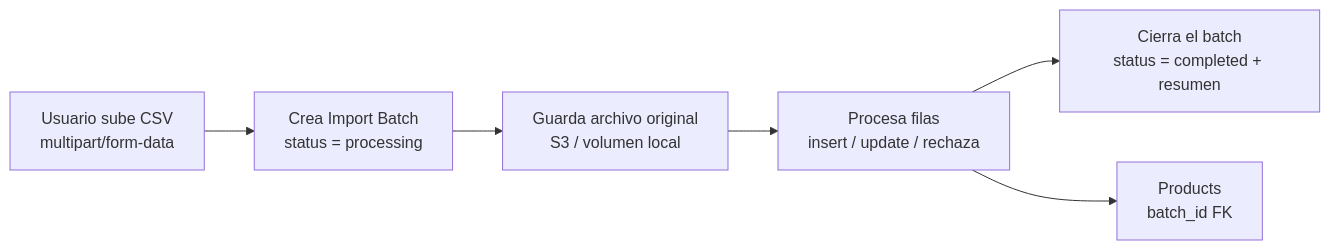
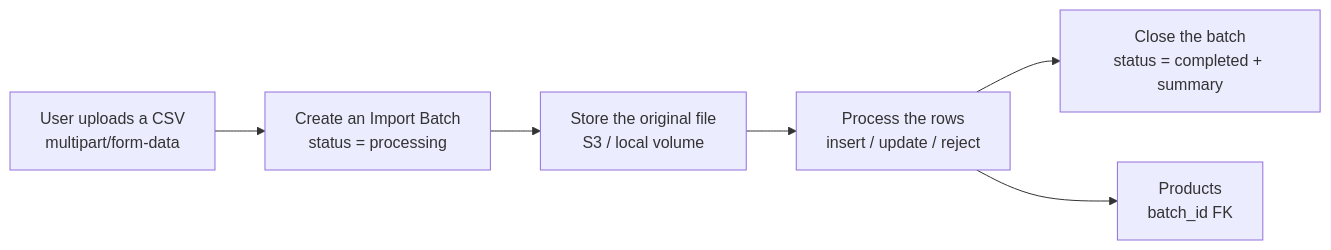
Before and after one commit to alejandrogalaz21/e-comerce: the sixth of 7 diagrams in docs/initial.md, drawn with Mermaid. The commit also changed other lines of this file and 1 other file, not shown here.

````diff
--- a/docs/initial.md
+++ b/docs/initial.md
@@ -307,8 +311,8 @@
 ```mermaid
 flowchart LR
-    A["Usuario sube CSV<br/>multipart/form-data"] --> B["Crea Import Batch<br/>status = processing"]
-    B --> C["Guarda archivo original<br/>S3 / volumen local"]
-    C --> D["Procesa filas<br/>insert / update / rechaza"]
-    D --> E["Cierra el batch<br/>status = completed + resumen"]
+    A["User uploads a CSV<br/>multipart/form-data"] --> B["Create an Import Batch<br/>status = processing"]
+    B --> C["Store the original file<br/>S3 / local volume"]
+    C --> D["Process the rows<br/>insert / update / reject"]
+    D --> E["Close the batch<br/>status = completed + summary"]
     D --> F["Products<br/>batch_id FK"]
 ```
````
